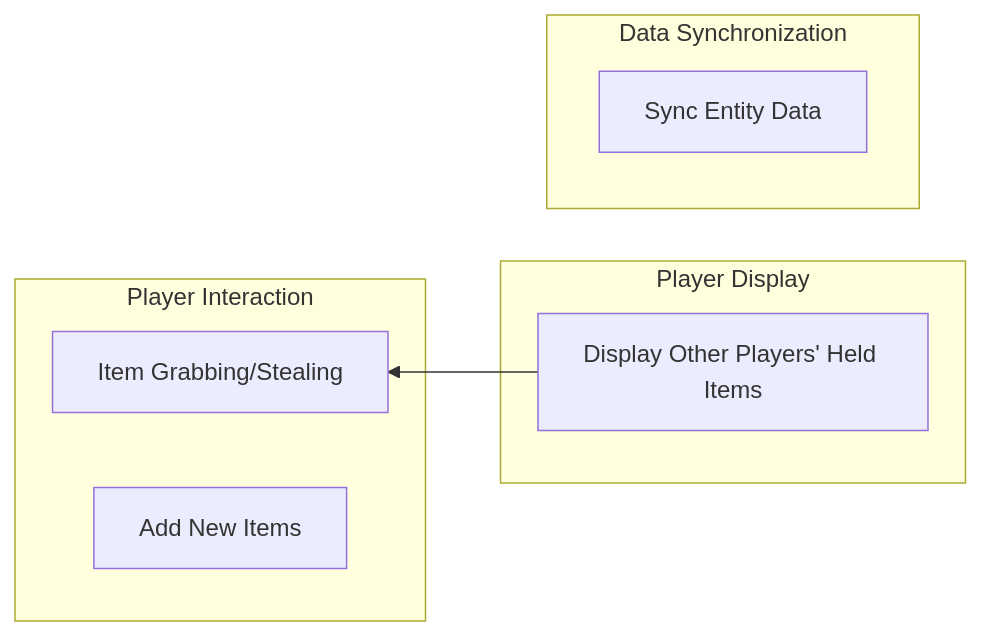
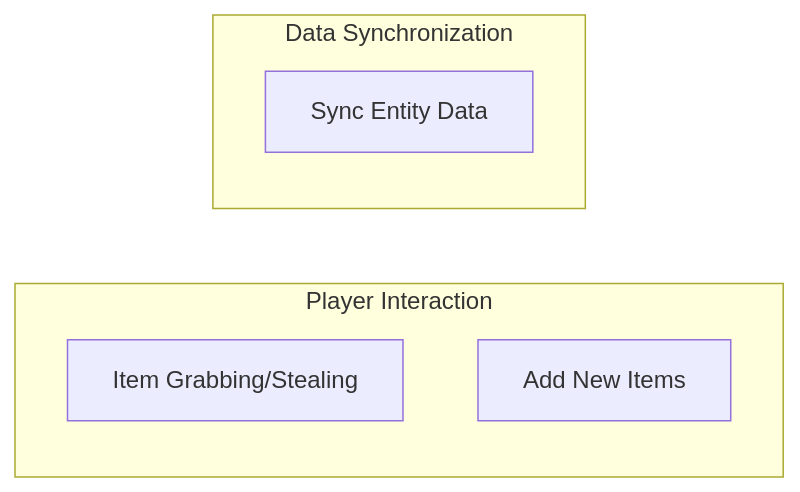
Before and after one commit to Shen-X-L/WKMultiMod: the diagram in README.md, drawn with Mermaid. The commit also changed other lines of this file and 3 other files, not shown here.

````diff
--- a/README.md
+++ b/README.md
@@ -22,21 +22,13 @@
 ```mermaid
 graph RL
-    %% Module 1: Player Display
-    subgraph Player Display
-        1d[Display Other Players' Held Items]
-    end
-
     %% Module 2: Player Interaction
     subgraph Player Interaction
         2b[Item Grabbing/Stealing]
         2c[Add New Items]
     end
 
     %% Module 3: Data Synchronization
     subgraph Data Synchronization
         3e[Sync Entity Data]
     end
-
-    %% Dependency Connections (cross-module and within modules)
-    1d --> 2b
 ```
````
